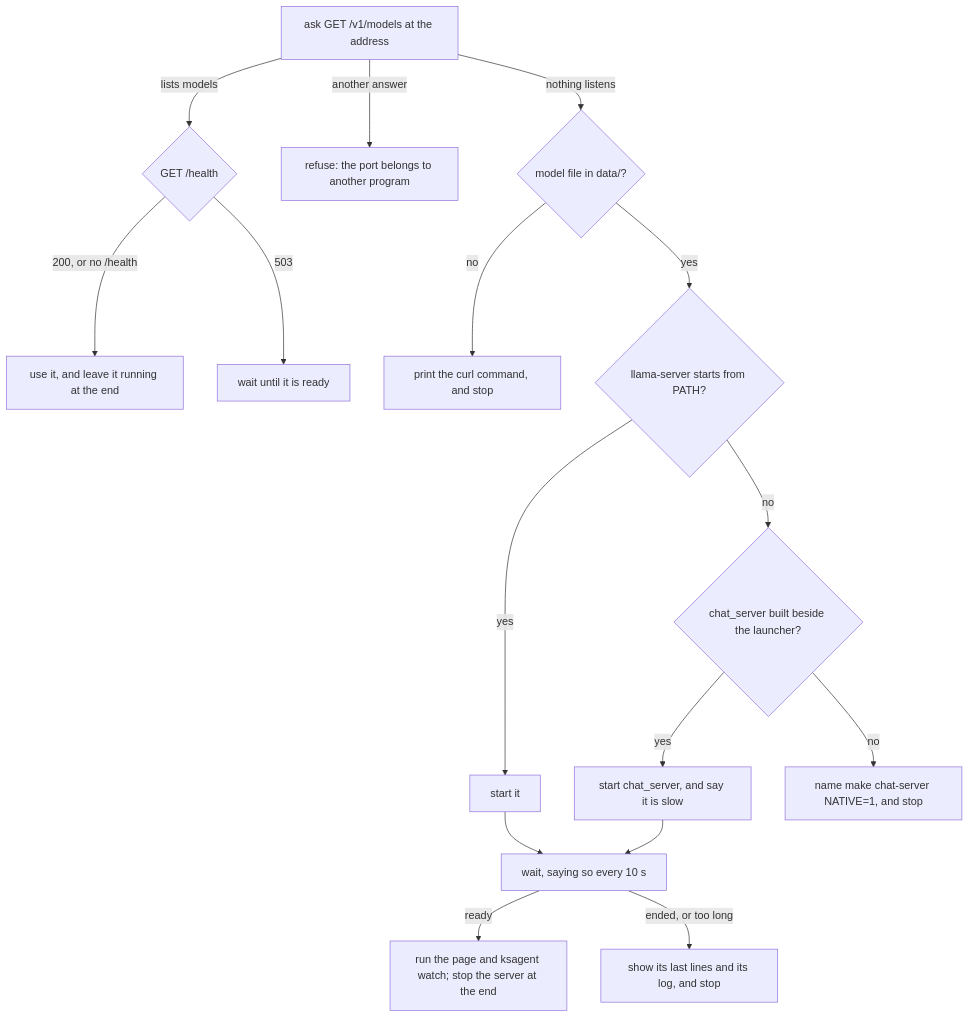
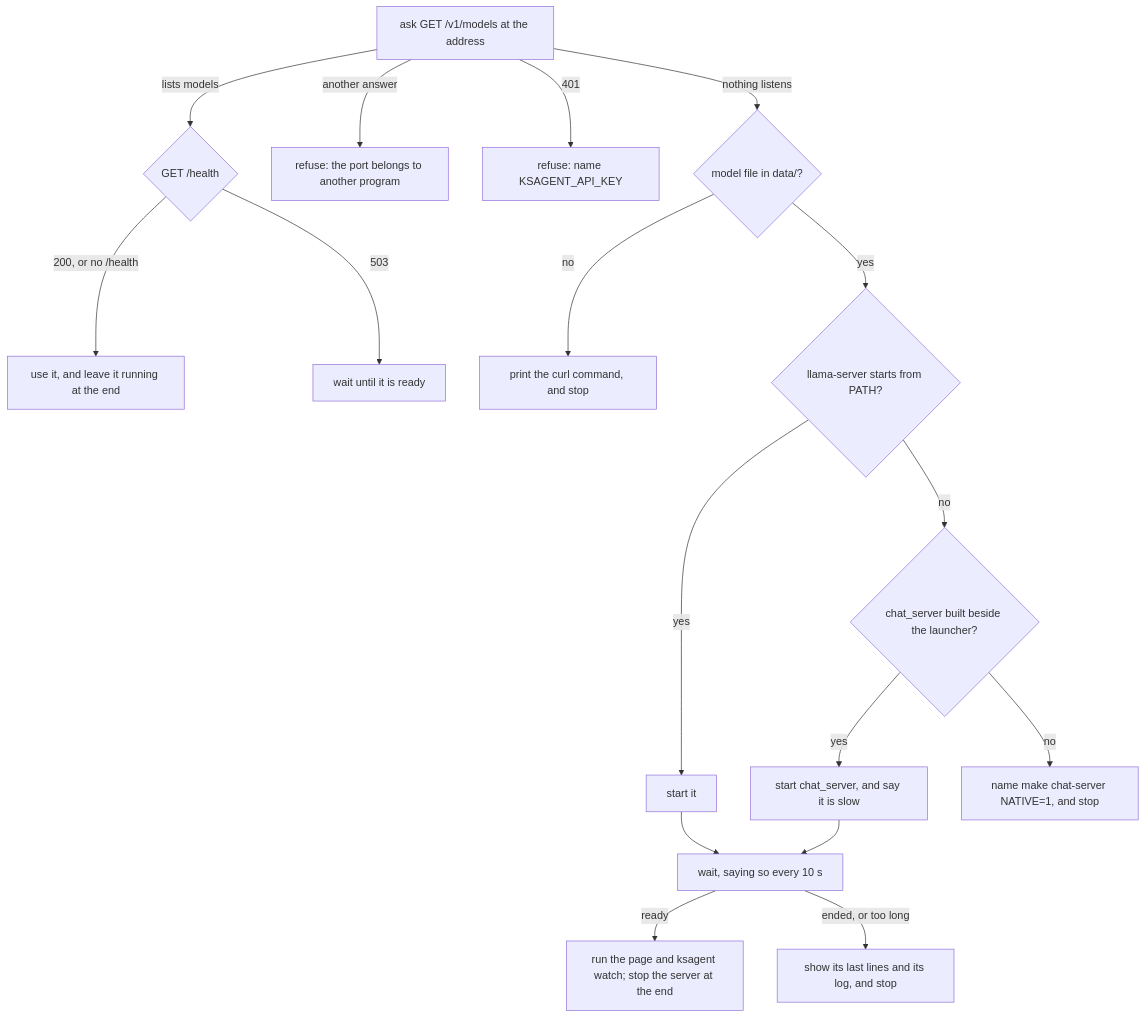
The second of 2 diagrams in tools/docs/DESIGN-tools.md (kansosystem-org/kspl-experimental), drawn with Mermaid before and after one commit. The commit also changed other lines of this file and 237 other files, not shown here.

````diff
--- a/tools/docs/DESIGN-tools.md
+++ b/tools/docs/DESIGN-tools.md
@@ -247,18 +248,19 @@
 ```mermaid
 flowchart TD
     A[ask GET /v1/models at the address] -->|lists models| B{GET /health}
     B -->|200, or no /health| R[use it, and leave it running at the end]
     B -->|503| W[wait until it is ready]
     A -->|another answer| X[refuse: the port belongs to another program]
+    A -->|401| K[refuse: name KSAGENT_API_KEY]
     A -->|nothing listens| F{model file in data/?}
     F -->|no| D[print the curl command, and stop]
     F -->|yes| L{llama-server starts from PATH?}
     L -->|yes| S[start it]
     L -->|no| B2{chat_server built beside the launcher?}
     B2 -->|yes| C[start chat_server, and say it is slow]
     B2 -->|no| N[name make chat-server NATIVE=1, and stop]
     S --> W2[wait, saying so every 10 s]
     C --> W2
     W2 -->|ready| U[run the page and ksagent watch; stop the server at the end]
     W2 -->|ended, or too long| T[show its last lines and its log, and stop]
 ```
````
